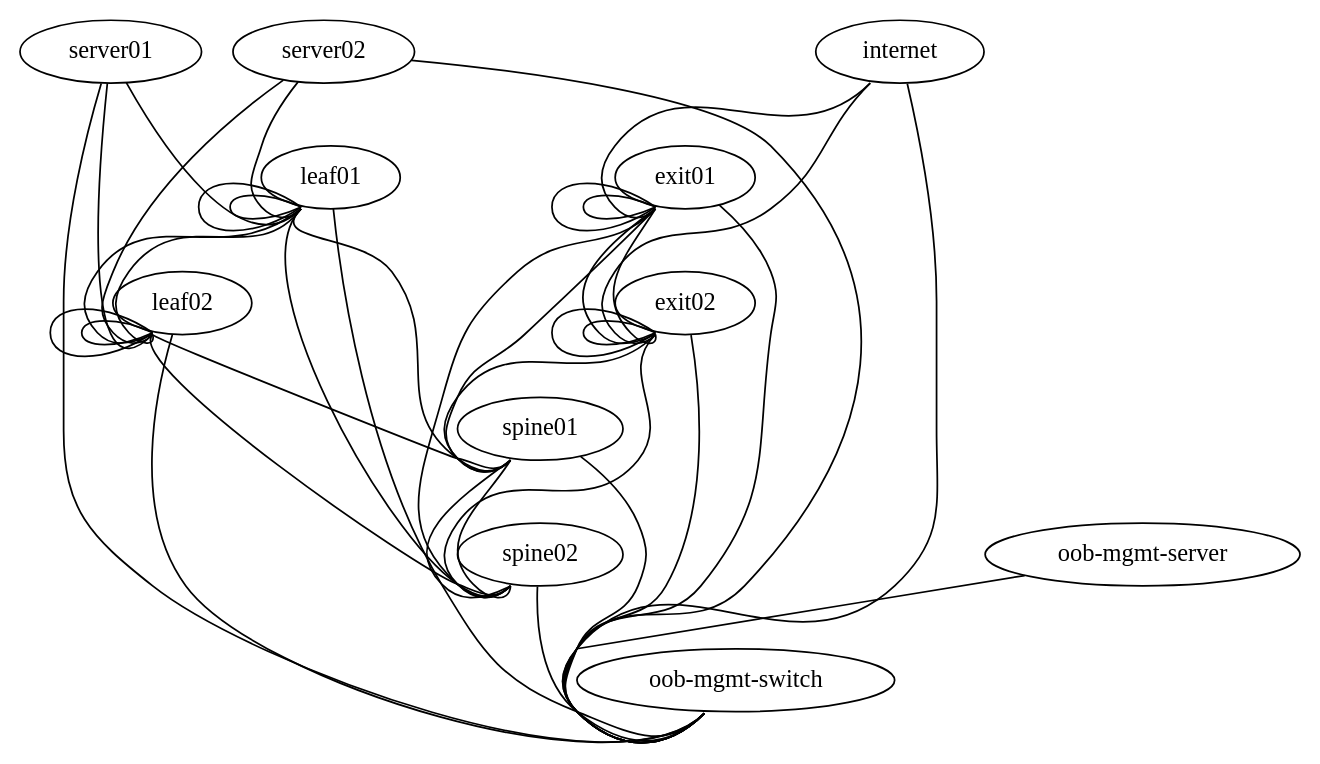
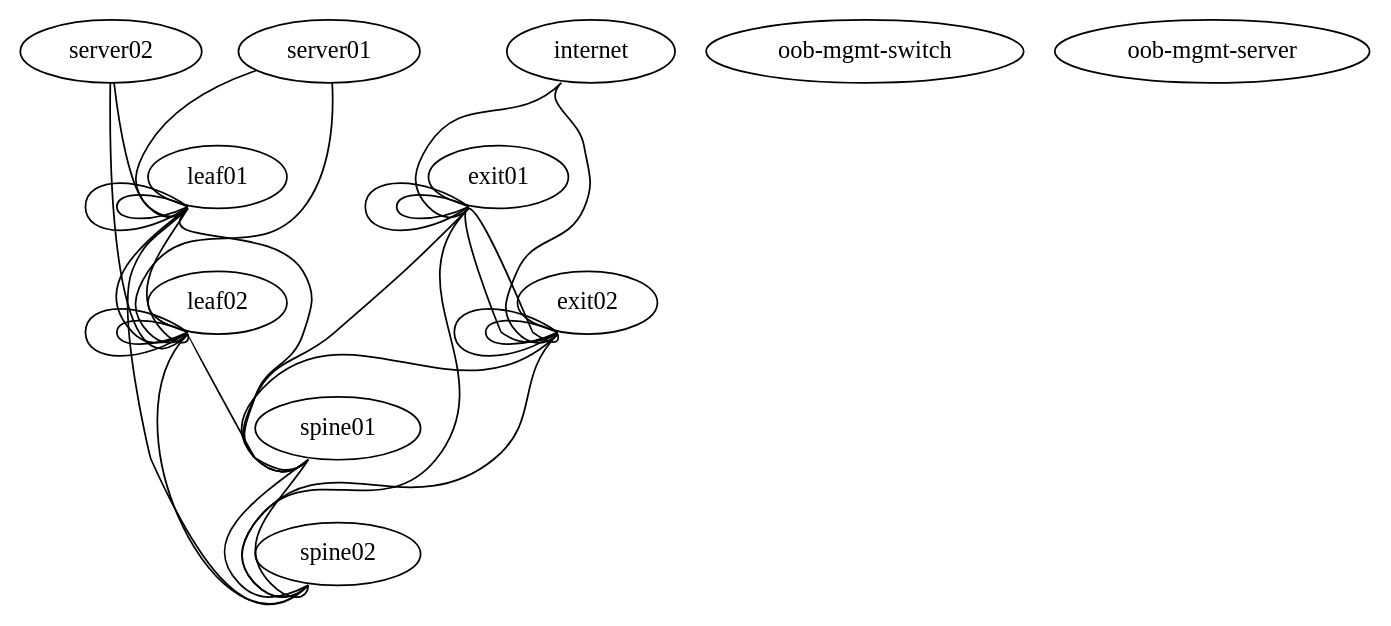
The diagram in sim-thg/topology.dot (routemypacket/cumulus-lab), drawn with Graphviz before and after one commit. The commit also changed 10 other files, not shown here.

```diff
--- a/sim-thg/topology.dot
+++ b/sim-thg/topology.dot
@@ -1,59 +1,49 @@
 graph vx {
  "leaf01" [function="leaf" os="CumulusCommunity/cumulus-vx" version="3.6.2" memory="768" config="./helper_scripts/config_switch.sh" ]
  "leaf02" [function="leaf" os="CumulusCommunity/cumulus-vx" version="3.6.2" memory="768" config="./helper_scripts/config_switch.sh" ]
  "spine01" [function="spine" os="CumulusCommunity/cumulus-vx" version="3.6.2" memory="768" config="./helper_scripts/config_switch.sh" ]
  "spine02" [function="spine" os="CumulusCommunity/cumulus-vx" version="3.6.2" memory="768" config="./helper_scripts/config_switch.sh" ]
  "exit01" [function="exit" os="CumulusCommunity/cumulus-vx" version="3.6.2" memory="768" config="./helper_scripts/config_switch.sh" ]
  "exit02" [function="exit" os="CumulusCommunity/cumulus-vx" version="3.6.2" memory="768" config="./helper_scripts/config_switch.sh" ]
  "server01" [function="host" os="yk0/ubuntu-xenial" memory="512" config="./helper_scripts/config_server.sh" ]
  "server02" [function="host" os="yk0/ubuntu-xenial" memory="512" config="./helper_scripts/config_server.sh" ]
  "internet" [function="internet" vagrant="swp12" os="CumulusCommunity/cumulus-vx" version="3.6.2" memory="768" config="./helper_scripts/config_internet.sh" ]
  "oob-mgmt-switch" [function="oob-switch" vagrant="eth0" os="CumulusCommunity/cumulus-vx" version="3.6.2" memory="768" config="./helper_scripts/config_oob_switch.sh" ]
  "oob-mgmt-server" [function="oob-server" vagrant="eth0" os="CumulusCommunity/vx_oob_server" version="1.0.4" memory="1024" config="./helper_scripts/config_oob_server.sh" ]
-
+ 
  "leaf01":"swp15" -- "spine01":"swp1"
  "leaf02":"swp15" -- "spine01":"swp2"
  "leaf01":"swp16" -- "spine02":"swp1"
  "leaf02":"swp16" -- "spine02":"swp2"
 
  "leaf01":"swp13" -- "leaf02":"swp13"
  "leaf01":"swp14" -- "leaf02":"swp14"
 
  "spine01":"swp15" -- "spine02":"swp15"
  "spine01":"swp16" -- "spine02":"swp16"
  "exit01":"swp13" -- "exit02":"swp13"
  "exit01":"swp14" -- "exit02":"swp14"
 
  "server01":"eth1" -- "leaf01":"swp1" [left_mac="00:03:00:11:11:01"]
  "server01":"eth2" -- "leaf02":"swp1" [left_mac="00:03:00:11:11:02"]
  "server02":"eth1" -- "leaf01":"swp2" [left_mac="00:03:00:22:22:01"]
  "server02":"eth2" -- "leaf02":"swp2" [left_mac="00:03:00:22:22:02"]
 
  "exit01":"swp15" -- "spine01":"swp14"
  "exit01":"swp16" -- "spine02":"swp14"
  "exit02":"swp15" -- "spine01":"swp13"
  "exit02":"swp16" -- "spine02":"swp13"
  "exit01":"swp9" -- "exit01":"swp10"
  "exit01":"swp11" -- "exit01":"swp12"
  "exit02":"swp9" -- "exit02":"swp10"
  "exit02":"swp11" -- "exit02":"swp12"
 
  "leaf01":"swp9" -- "leaf01":"swp10"
  "leaf01":"swp11" -- "leaf01":"swp12"
  "leaf02":"swp9" -- "leaf02":"swp10"
  "leaf02":"swp11" -- "leaf02":"swp12"
 
  "internet":"swp1" -- "exit01":"swp8"
  "internet":"swp2" -- "exit02":"swp8"
 
- "oob-mgmt-server":"eth1" -- "oob-mgmt-switch":"swp1" [right_mac="a0:00:00:00:00:61"]
- "server01":"eth0" -- "oob-mgmt-switch":"swp2" [left_mac="a0:00:00:00:00:31"]
- "server02":"eth0" -- "oob-mgmt-switch":"swp3" [left_mac="a0:00:00:00:00:32"]
- "leaf01":"eth0" -- "oob-mgmt-switch":"swp6" [left_mac="a0:00:00:00:00:11"]
- "leaf02":"eth0" -- "oob-mgmt-switch":"swp7" [left_mac="a0:00:00:00:00:12"]
- "spine01":"eth0" -- "oob-mgmt-switch":"swp10" [left_mac="a0:00:00:00:00:21"]
- "spine02":"eth0" -- "oob-mgmt-switch":"swp11" [left_mac="a0:00:00:00:00:22"]
- "exit01":"eth0" -- "oob-mgmt-switch":"swp12" [left_mac="a0:00:00:00:00:41"]
- "exit02":"eth0" -- "oob-mgmt-switch":"swp13" [left_mac="a0:00:00:00:00:42"]
- "internet":"eth0" -- "oob-mgmt-switch":"swp15" [left_mac="a0:00:00:00:00:50"]
 }
```
